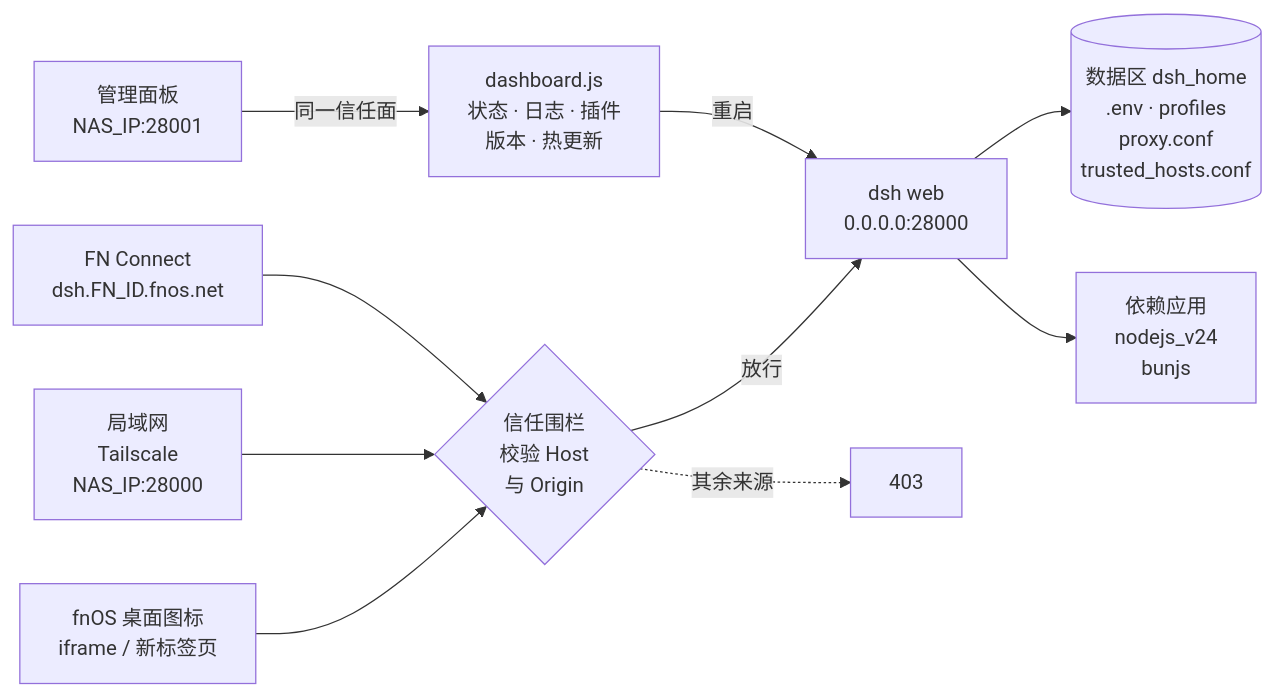
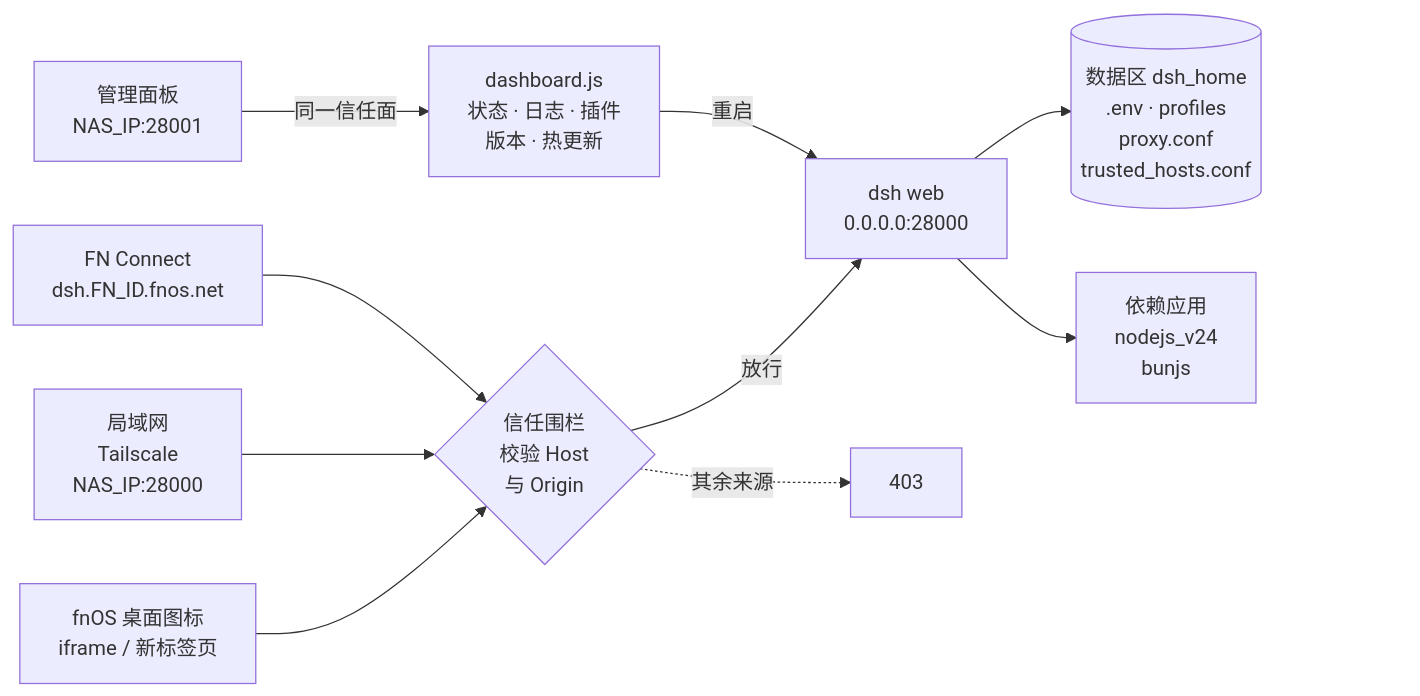
The diagram in README.md (techysy/deepseek-harness-fnos), drawn with Mermaid before and after one commit.

Commit message:
docs: 为架构图右下角增加透明占位垫片，避让 GitHub 浮动导航控制栏

````diff
--- a/README.md
+++ b/README.md
@@ -40,12 +40,16 @@
 ```mermaid
 flowchart LR
     U1["fnOS 桌面图标<br/>iframe / 新标签页"] --> F
     U2["局域网<br/>Tailscale<br/>NAS_IP:28000"] --> F
     U3["FN Connect<br/>dsh.FN_ID.fnos.net"] --> F
     F{"信任围栏<br/>校验 Host<br/>与 Origin"} -- 放行 --> D["dsh web<br/>0.0.0.0:28000"]
     F -. 其余来源 .-> X["403"]
     U4["管理面板<br/>NAS_IP:28001"] -- 同一信任面 --> P["dashboard.js<br/>状态 · 日志 · 插件<br/>版本 · 热更新"]
     P -- 重启 --> D
     D --> H[("数据区 dsh_home<br/>.env · profiles<br/>proxy.conf<br/>trusted_hosts.conf")]
     D --> N["依赖应用<br/>nodejs_v24<br/>bunjs"]
+    PAD["&nbsp;<br/>&nbsp;"]
+    N ~~~ PAD
+
+    style PAD fill:transparent,stroke:none,color:transparent
 ```
````
